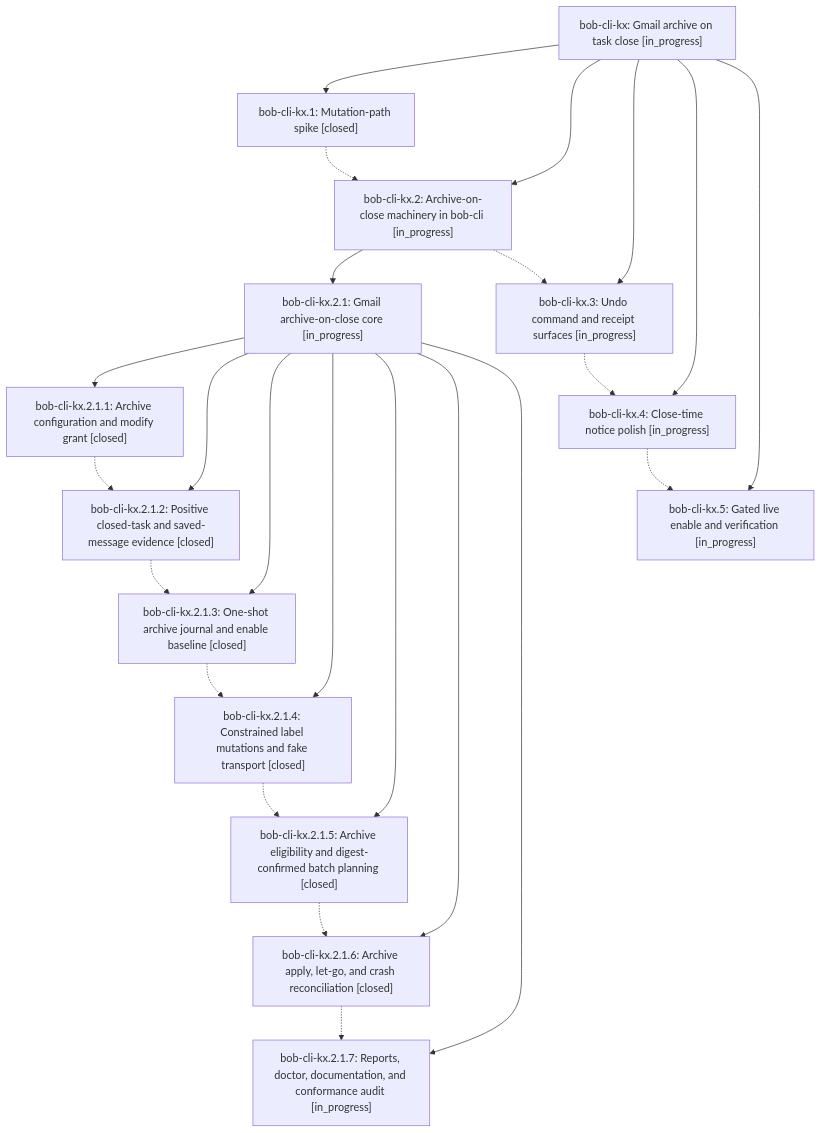
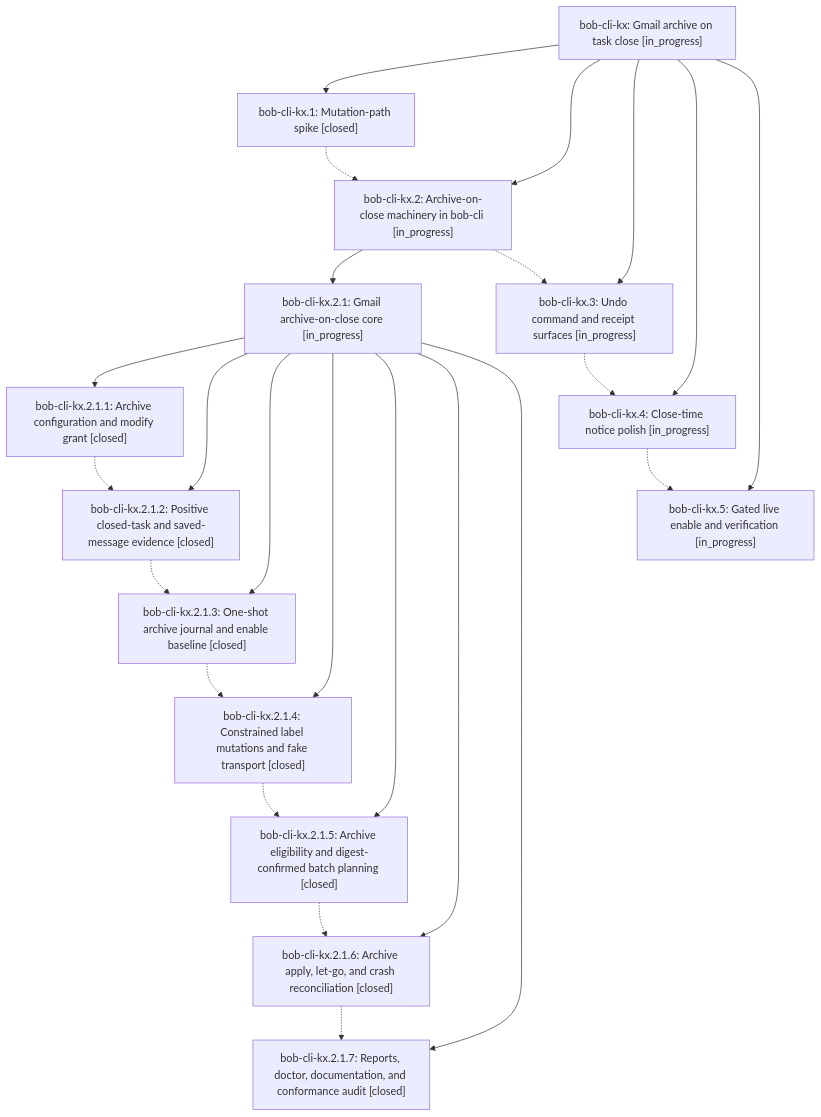
Before and after one commit to bobs-org/bob-cli--beads: the diagram in pages/bob-cli-kx/README.md, drawn with Mermaid. The commit also changed other lines of this file and 4 other files, not shown here.

First line of the commit message:
chore(beads): sync bead state and pages for bob-cli-kx

````diff
--- a/pages/bob-cli-kx/README.md
+++ b/pages/bob-cli-kx/README.md
@@ -38,40 +38,40 @@
 ```mermaid
 flowchart TD
     n0["bob-cli-kx: Gmail archive on task close [in_progress]"]
     n1["bob-cli-kx.1: Mutation-path spike [closed]"]
     n2["bob-cli-kx.2: Archive-on-close machinery in bob-cli [in_progress]"]
     n3["bob-cli-kx.2.1: Gmail archive-on-close core [in_progress]"]
     n4["bob-cli-kx.2.1.1: Archive configuration and modify grant [closed]"]
     n5["bob-cli-kx.2.1.2: Positive closed-task and saved-message evidence [closed]"]
     n6["bob-cli-kx.2.1.3: One-shot archive journal and enable baseline [closed]"]
     n7["bob-cli-kx.2.1.4: Constrained label mutations and fake transport [closed]"]
     n8["bob-cli-kx.2.1.5: Archive eligibility and digest-confirmed batch planning [closed]"]
     n9["bob-cli-kx.2.1.6: Archive apply, let-go, and crash reconciliation [closed]"]
-    n10["bob-cli-kx.2.1.7: Reports, doctor, documentation, and conformance audit [in_progress]"]
+    n10["bob-cli-kx.2.1.7: Reports, doctor, documentation, and conformance audit [closed]"]
     n11["bob-cli-kx.3: Undo command and receipt surfaces [in_progress]"]
     n12["bob-cli-kx.4: Close-time notice polish [in_progress]"]
     n13["bob-cli-kx.5: Gated live enable and verification [in_progress]"]
     n0 --> n1
     n0 --> n2
     n2 --> n3
     n3 --> n4
     n3 --> n5
     n3 --> n6
     n3 --> n7
     n3 --> n8
     n3 --> n9
     n3 --> n10
     n0 --> n11
     n0 --> n12
     n0 --> n13
     n1 -.-> n2
     n2 -.-> n11
     n4 -.-> n5
     n5 -.-> n6
     n6 -.-> n7
     n7 -.-> n8
     n8 -.-> n9
     n9 -.-> n10
     n11 -.-> n12
     n12 -.-> n13
 ```
````
